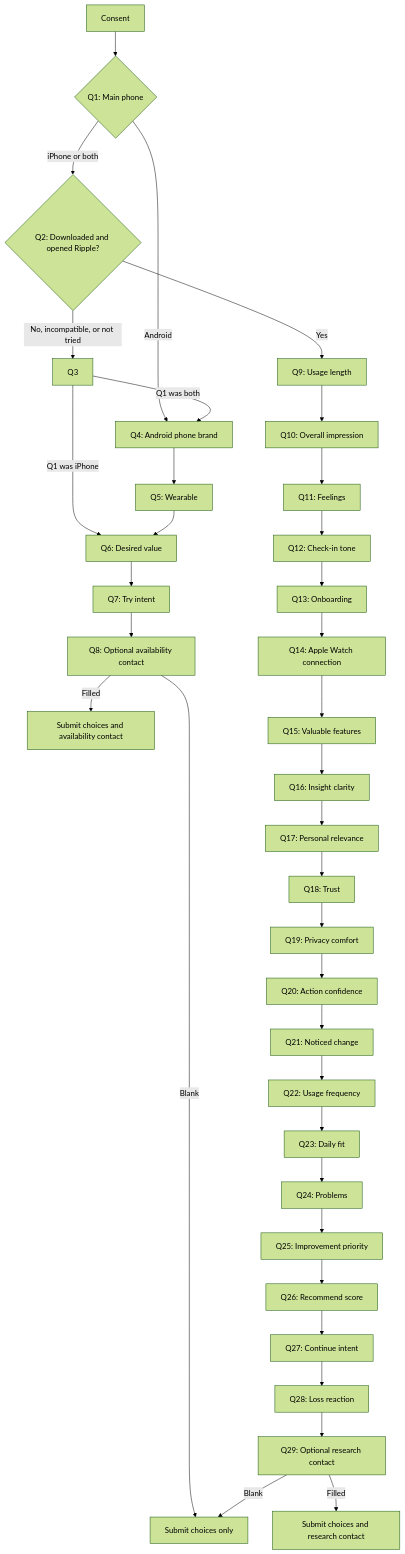
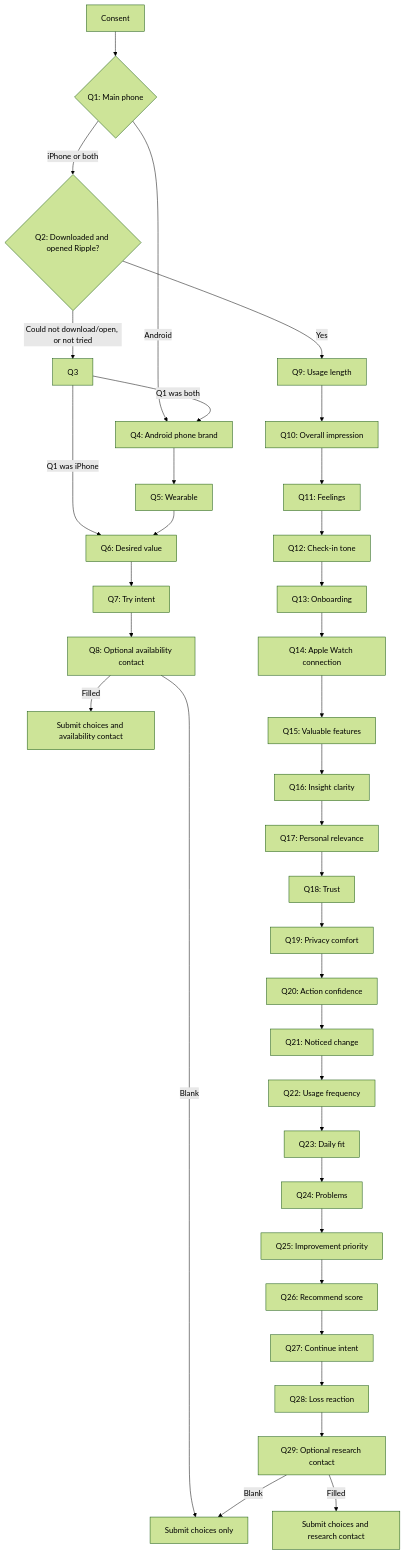
The diagram in ripple/FLOW.md (Monika-12138/oc-survey), drawn with Mermaid (forest theme) before and after one commit. The commit also changed other lines of this file and 2 other files, not shown here.

Commit message:
Remove duplicate Ripple compatibility option (#7)
Keep the failure outcome on the download-status question and collect the cause on the following question.

````diff
--- a/ripple/FLOW.md
+++ b/ripple/FLOW.md
@@ -140,40 +139,40 @@
 ```mermaid
 flowchart TD
   A[Consent] --> Q1{Q1: Main phone}
   Q1 -->|Android| Q4[Q4: Android phone brand]
   Q1 -->|iPhone or both| Q2{Q2: Downloaded and opened Ripple?}
 
   Q2 -->|Yes| Q9[Q9: Usage length]
-  Q2 -->|No, incompatible, or not tried| Q3
+  Q2 -->|Could not download/open, or not tried| Q3
   Q3 -->|Q1 was both| Q4
   Q3 -->|Q1 was iPhone| Q6[Q6: Desired value]
   Q4 --> Q5[Q5: Wearable]
   Q5 --> Q6
   Q6 --> Q7[Q7: Try intent]
   Q7 --> Q8[Q8: Optional availability contact]
   Q8 -->|Filled| AC[Submit choices and availability contact]
   Q8 -->|Blank| AS[Submit choices only]
 
   Q9 --> Q10[Q10: Overall impression]
   Q10 --> Q11[Q11: Feelings]
   Q11 --> Q12[Q12: Check-in tone]
   Q12 --> Q13[Q13: Onboarding]
   Q13 --> Q14[Q14: Apple Watch connection]
   Q14 --> Q15[Q15: Valuable features]
   Q15 --> Q16[Q16: Insight clarity]
   Q16 --> Q17[Q17: Personal relevance]
   Q17 --> Q18[Q18: Trust]
   Q18 --> Q19[Q19: Privacy comfort]
   Q19 --> Q20[Q20: Action confidence]
   Q20 --> Q21[Q21: Noticed change]
   Q21 --> Q22[Q22: Usage frequency]
   Q22 --> Q23[Q23: Daily fit]
   Q23 --> Q24[Q24: Problems]
   Q24 --> Q25[Q25: Improvement priority]
   Q25 --> Q26[Q26: Recommend score]
   Q26 --> Q27[Q27: Continue intent]
   Q27 --> Q28[Q28: Loss reaction]
   Q28 --> Q29[Q29: Optional research contact]
   Q29 -->|Filled| RC[Submit choices and research contact]
   Q29 -->|Blank| AS
 ```
````
